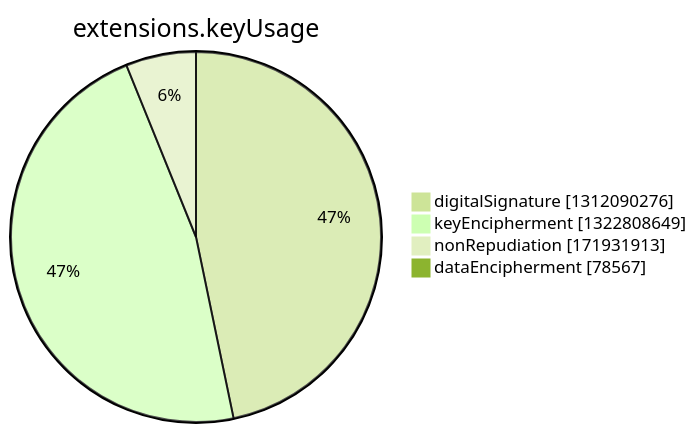
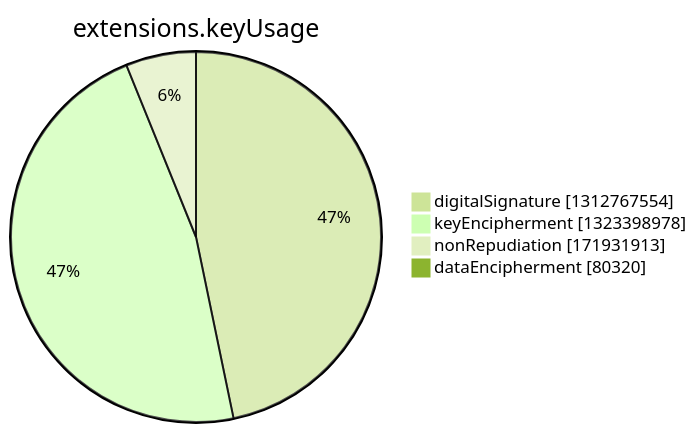
Before and after one commit to christiankrug/ctmonitor_visualization: the seventh of 15 diagrams in argon2022/README.md, drawn with Mermaid (forest theme). The commit also changed other lines of this file, not shown here.

````diff
--- a/argon2022/README.md
+++ b/argon2022/README.md
@@ -2750,8 +2750,8 @@
 ```mermaid
 pie showData
 title extensions.keyUsage
-"digitalSignature" :1312090276
-"keyEncipherment" :1322808649
+"digitalSignature" :1312767554
+"keyEncipherment" :1323398978
 "nonRepudiation" :171931913
-"dataEncipherment" :78567
+"dataEncipherment" :80320
 ```
````
